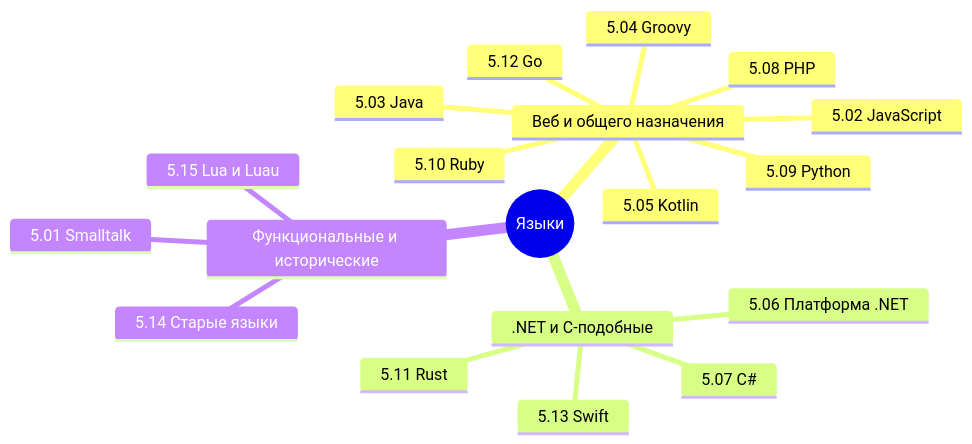
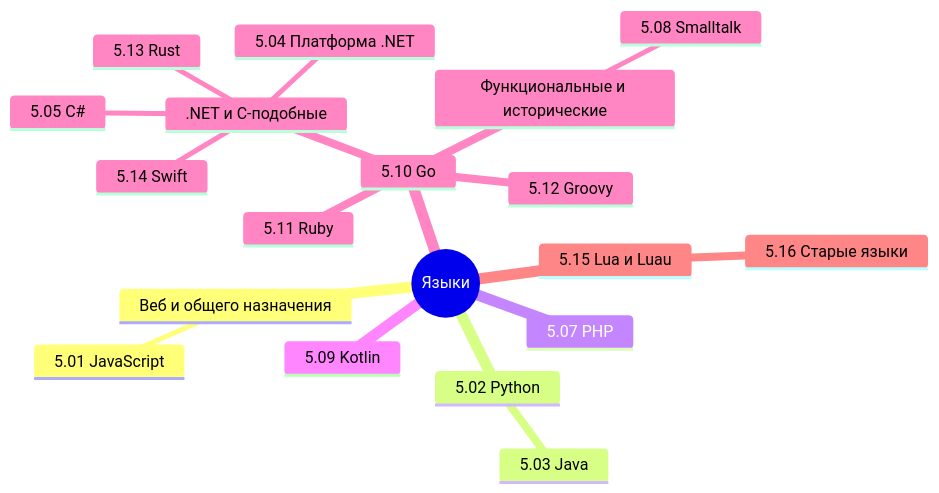
Before and after one commit to Spirzen/it-knowledge-base: the diagram in docs/encyclopedia/5. Языки/languages.md, drawn with Mermaid. The commit also changed other lines of this file and 455 other files, not shown here.

````diff
--- a/docs/encyclopedia/5. Языки/languages.md
+++ b/docs/encyclopedia/5. Языки/languages.md
@@ -16,22 +16,22 @@
 ```mermaid
 mindmap
   root((Языки))
     Веб и общего назначения
-      5.02 JavaScript
+      5.01 JavaScript
+	  5.02 Python
       5.03 Java
-      5.04 Groovy
-      5.05 Kotlin
-      5.08 PHP
-      5.09 Python
-      5.10 Ruby
-      5.12 Go
+	  5.07 PHP
+	  5.09 Kotlin
+	  5.10 Go
+      5.11 Ruby
+      5.12 Groovy
     .NET и C-подобные
-      5.06 Платформа .NET
-      5.07 C#
-      5.11 Rust
-      5.13 Swift
+      5.04 Платформа .NET
+      5.05 C#
+      5.13 Rust
+      5.14 Swift
     Функциональные и исторические
-      5.01 Smalltalk
-      5.14 Старые языки
-      5.15 Lua и Luau
+      5.08 Smalltalk
+	  5.15 Lua и Luau
+      5.16 Старые языки
 ```
````
